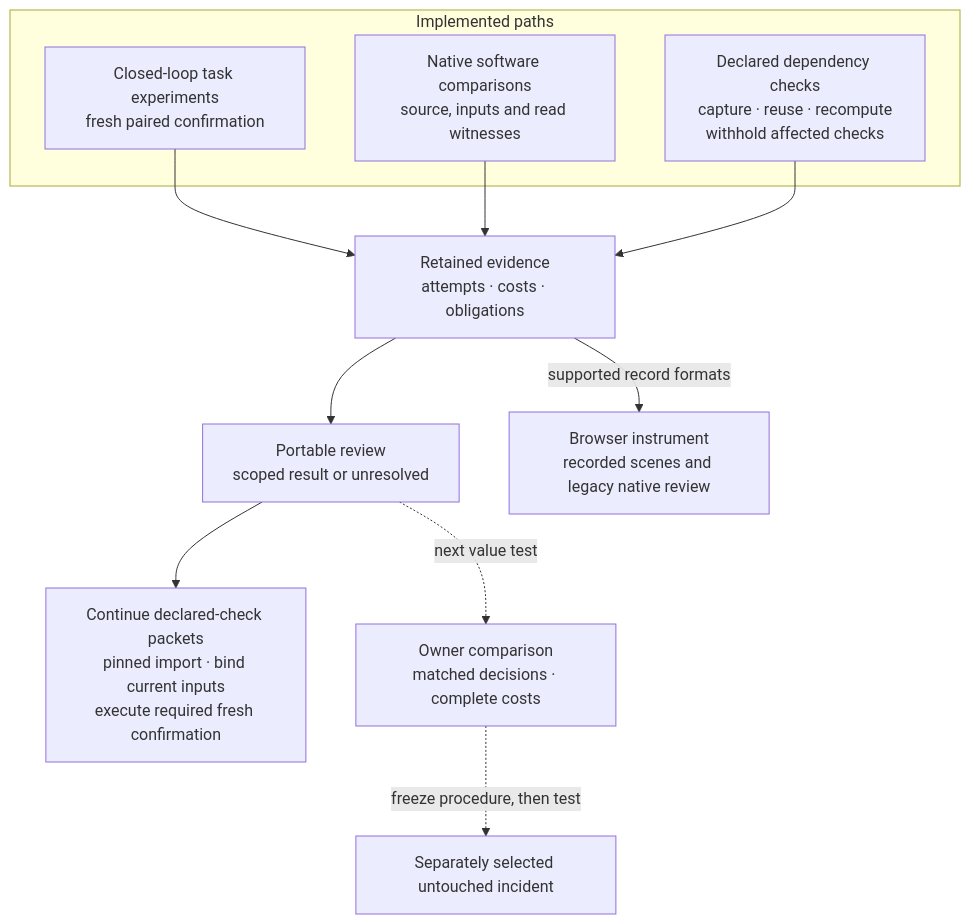
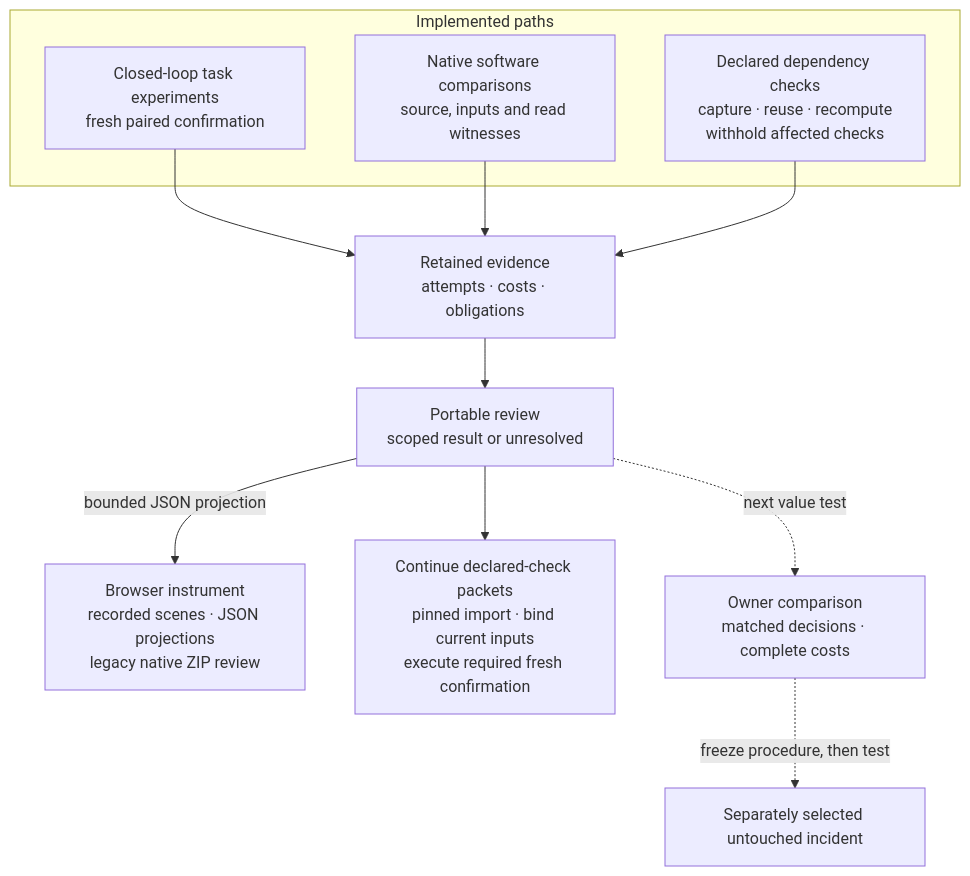
One commit to manfromnowhere143/nisayon changed the first of 3 diagrams in README.md. Above: the diagram before and after it, drawn with Mermaid. The commit also changed other lines of this file and 257 other files, not shown here.

````diff
--- a/README.md
+++ b/README.md
@@ -79,18 +79,18 @@
 ```mermaid
 flowchart TB
     accTitle: Implemented qualification paths and the next value test
     accDescr: Three bounded paths retain their own evidence: closed-loop task experiments, native software comparisons, and declared dependency checks. Records support scoped portable review and browser inspection. Declared-check packets can continue through pinned import, current input binding and required fresh confirmation. Owner savings and repeat use on an untouched incident remain to establish.
     subgraph B["Implemented paths"]
         L["Closed-loop task experiments<br/>fresh paired confirmation"]
         N["Native software comparisons<br/>source, inputs and read witnesses"]
         Q["Declared dependency checks<br/>capture · reuse · recompute<br/>withhold affected checks"]
     end
     L --> H["Retained evidence<br/>attempts · costs · obligations"]
     N --> H
     Q --> H
     H --> R["Portable review<br/>scoped result or unresolved"]
-    H -- "supported record formats" --> V["Browser instrument<br/>recorded scenes and legacy native review"]
+    R -- "bounded JSON projection" --> V["Browser instrument<br/>recorded scenes · JSON projections<br/>legacy native ZIP review"]
     R --> I["Continue declared-check packets<br/>pinned import · bind current inputs<br/>execute required fresh confirmation"]
     R -. "next value test" .-> O["Owner comparison<br/>matched decisions · complete costs"]
     O -. "freeze procedure, then test" .-> T["Separately selected untouched incident"]
 ```
````
